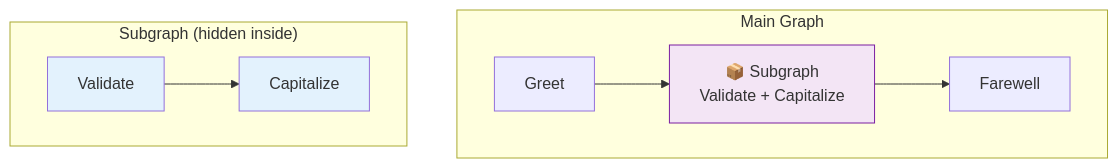
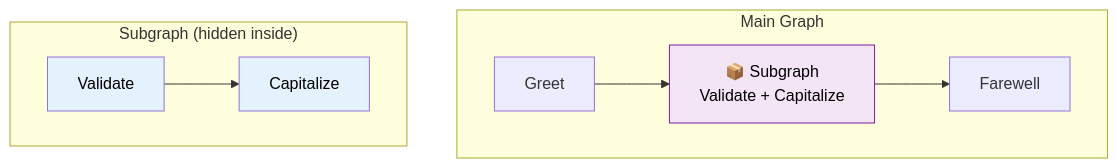
One commit to remolaan/Agentic-AI-Cookbook changed the diagram in 33_subgraphs_langgraph/README.md. Above: the diagram before and after it, drawn with Mermaid. The commit also changed 45 other files, not shown here.

Commit message:
Fix Mermaid diagram text colors for readability across all READMEs

````diff
--- a/33_subgraphs_langgraph/README.md
+++ b/33_subgraphs_langgraph/README.md
@@ -7,13 +7,13 @@
 ```mermaid
 flowchart TD
     subgraph "Main Graph"
         A["Greet"] --> SUB["📦 Subgraph<br/>Validate + Capitalize"]
         SUB --> C["Farewell"]
     end
     subgraph "Subgraph (hidden inside)"
         V["Validate"] --> CAP["Capitalize"]
     end
-    style SUB fill:#f3e5f5,stroke:#7b1fa2
-    style V fill:#e3f2fd
-    style CAP fill:#e3f2fd
+    style SUB fill:#f3e5f5,stroke:#7b1fa2,color:#000000
+    style V fill:#e3f2fd,color:#000000
+    style CAP fill:#e3f2fd,color:#000000
 ```
````
